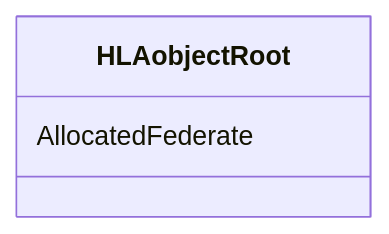
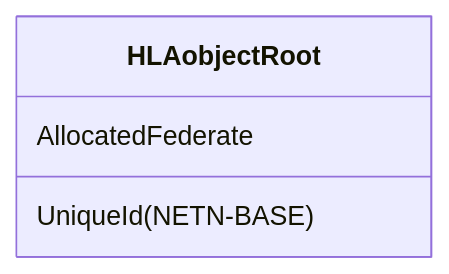
Before and after one commit to AMSP-04/NETN-TMR: the sixth of 7 diagrams in NETN-TMR.md, drawn with Mermaid. The commit also changed other lines of this file and 3 other files, not shown here.

````diff
--- a/NETN-TMR.md
+++ b/NETN-TMR.md
@@ -126,6 +147,7 @@
 ```mermaid
 classDiagram 
 direction LR
 
 HLAobjectRoot : AllocatedFederate
+HLAobjectRoot : UniqueId(NETN-BASE)
 ```
````
